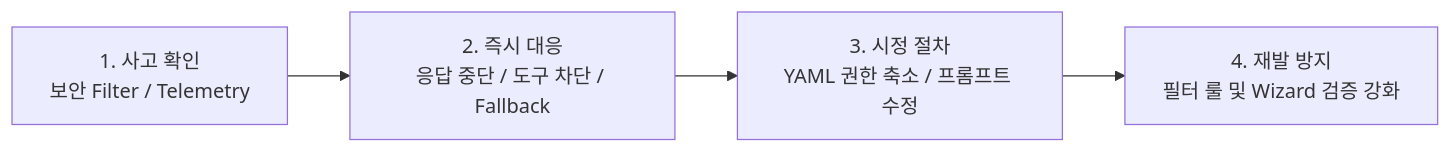
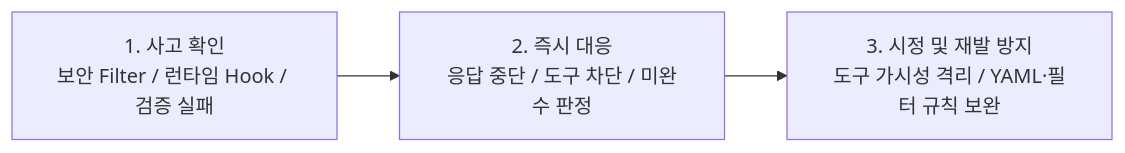
The second of 2 diagrams in AIS/Reports/Slide22_23_Update.md (misjin05/playground), drawn with Mermaid before and after one commit. The commit also changed other lines of this file and 1 other file, not shown here.

````diff
--- a/AIS/Reports/Slide22_23_Update.md
+++ b/AIS/Reports/Slide22_23_Update.md
@@ -80,6 +75,5 @@
 ```mermaid
 graph LR
-    R1["1. 사고 확인<br/>보안 Filter / Telemetry"] --> R2["2. 즉시 대응<br/>응답 중단 / 도구 차단 / Fallback"]
-    R2 --> R3["3. 시정 절차<br/>YAML 권한 축소 / 프롬프트 수정"]
-    R3 --> R4["4. 재발 방지<br/>필터 룰 및 Wizard 검증 강화"]
+    R1["1. 사고 확인<br/>보안 Filter / 런타임 Hook / 검증 실패"] --> R2["2. 즉시 대응<br/>응답 중단 / 도구 차단 / 미완수 판정"]
+    R2 --> R3["3. 시정 및 재발 방지<br/>도구 가시성 격리 / YAML·필터 규칙 보완"]
 ```
````
